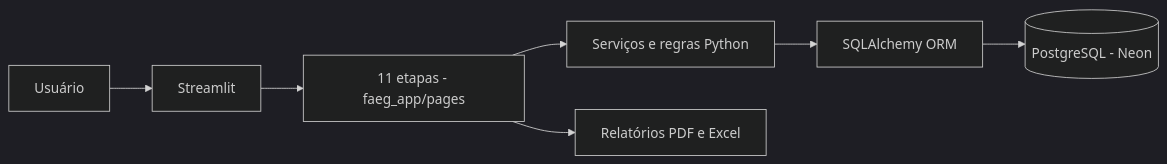
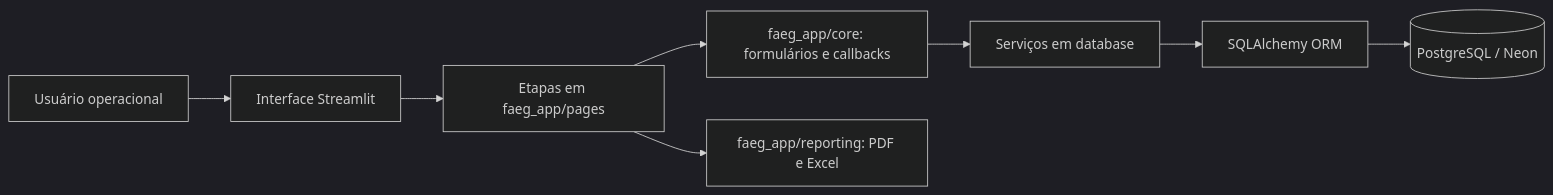
Before and after one commit to felpontes98/faeg-logistica-app: the diagram in README.md, drawn with Mermaid (dark theme). The commit also changed other lines of this file and 28 other files, not shown here.

Commit message:
Ajuste 29: fluxo operacional, rascunhos e revisao dos diagramas

````diff
--- a/README.md
+++ b/README.md
@@ -47,9 +40,10 @@
 ```mermaid
 flowchart LR
-    U["Usuário"] --> UI["Streamlit"]
-    UI --> P["11 etapas - faeg_app/pages"]
-    P --> C["Serviços e regras Python"]
-    C --> O["SQLAlchemy ORM"]
-    O --> DB[("PostgreSQL - Neon")]
-    P --> R["Relatórios PDF e Excel"]
+    U[Usuário operacional] --> UI[Interface Streamlit]
+    UI --> PAG[Etapas em faeg_app/pages]
+    PAG --> CORE[faeg_app/core: formulários e callbacks]
+    CORE --> DOM[Serviços em database]
+    DOM --> ORM[SQLAlchemy ORM]
+    ORM --> DB[(PostgreSQL / Neon)]
+    PAG --> REL[faeg_app/reporting: PDF e Excel]
 ```
````
